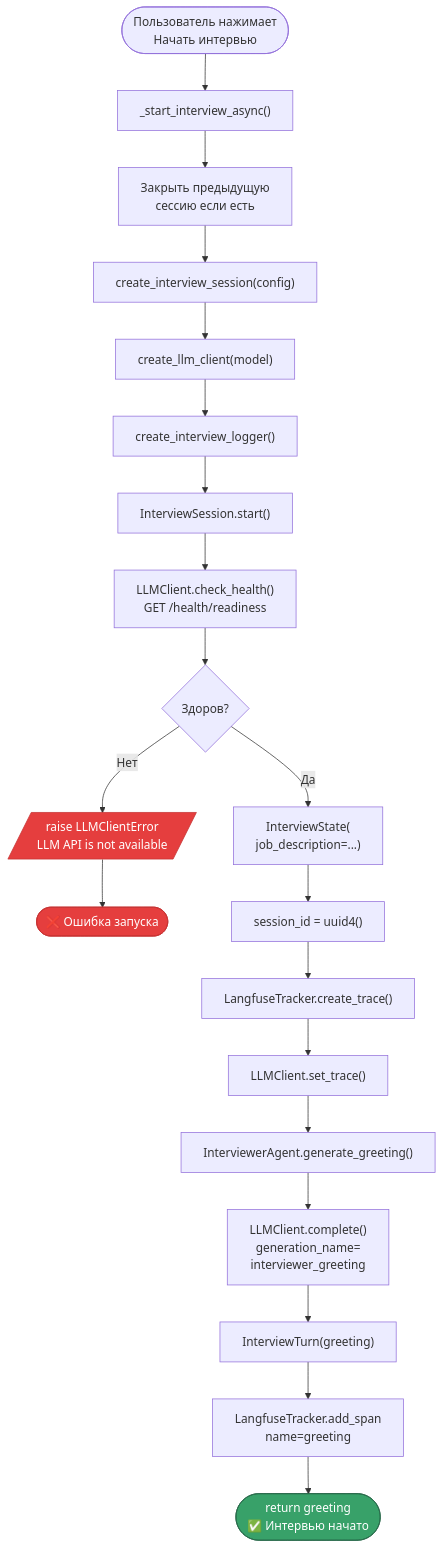
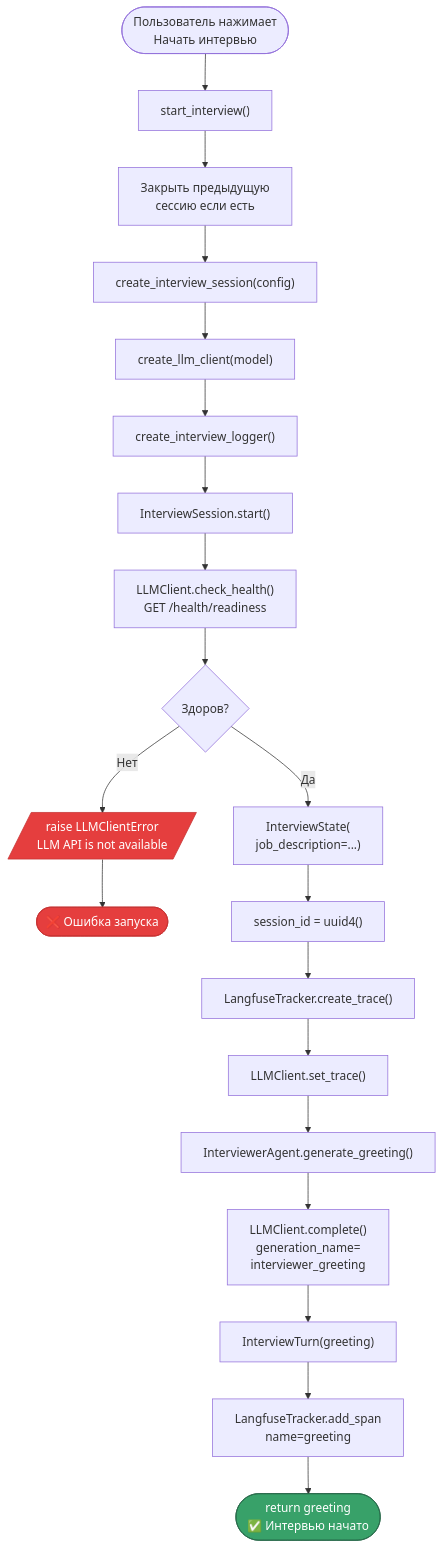
The third of 8 diagrams in docs/diagrams/workflow.md (RomiconEZ/Multi-Agent-Interview-Coach), drawn with Mermaid before and after one commit. The commit also changed other lines of this file and 7 other files, not shown here.

````diff
--- a/docs/diagrams/workflow.md
+++ b/docs/diagrams/workflow.md
@@ -118,28 +118,28 @@
 ```mermaid
 flowchart TD
-    A([Пользователь нажимает<br/>Начать интервью]) --> B["_start_interview_async()"]
+    A([Пользователь нажимает<br/>Начать интервью]) --> B["start_interview()"]
     B --> B0["Закрыть предыдущую<br/>сессию если есть"]
     B0 --> C["create_interview_session(config)"]
     C --> C1["create_llm_client(model)"]
     C1 --> C2["create_interview_logger()"]
     C2 --> D["InterviewSession.start()"]
 
     D --> E["LLMClient.check_health()<br/>GET /health/readiness"]
     E --> E1{Здоров?}
     E1 -->|Нет| E2[/"raise LLMClientError<br/>LLM API is not available"/]
     E2 --> ERR(["❌ Ошибка запуска"])
 
     E1 -->|Да| F["InterviewState(<br/>job_description=...)"]
     F --> G["session_id = uuid4()"]
     G --> H["LangfuseTracker.create_trace()"]
     H --> I["LLMClient.set_trace()"]
     I --> J["InterviewerAgent.generate_greeting()"]
     J --> J1["LLMClient.complete()<br/>generation_name=<br/>interviewer_greeting"]
     J1 --> K["InterviewTurn(greeting)"]
     K --> L["LangfuseTracker.add_span<br/>name=greeting"]
     L --> M(["return greeting<br/>✅ Интервью начато"])
 
     style E2 fill:#e53e3e,stroke:#c53030,color:#fff
     style ERR fill:#e53e3e,stroke:#c53030,color:#fff
     style M fill:#38a169,stroke:#276749,color:#fff
 ```
````
